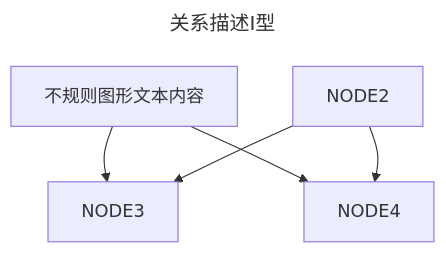
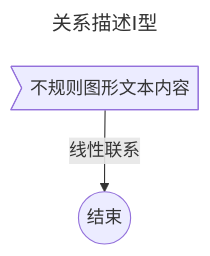
Before and after one commit to superAlibi/notes: the diagram in notes/blogs/mermaid/demo/mermaid/flowchart-link-comment-1.md, drawn with Mermaid. The commit also changed 9 other files, not shown here.

````diff
--- a/notes/blogs/mermaid/demo/mermaid/flowchart-link-comment-1.md
+++ b/notes/blogs/mermaid/demo/mermaid/flowchart-link-comment-1.md
@@ -1,7 +1,7 @@
 ```mermaid
 ---
 title: 关系描述I型
 ---
 flowchart
-    D[不规则图形文本内容] & NODE2 --> NODE3 & NODE4
+    D>不规则图形文本内容]  --线性联系--> t((结束))
 ```
````
